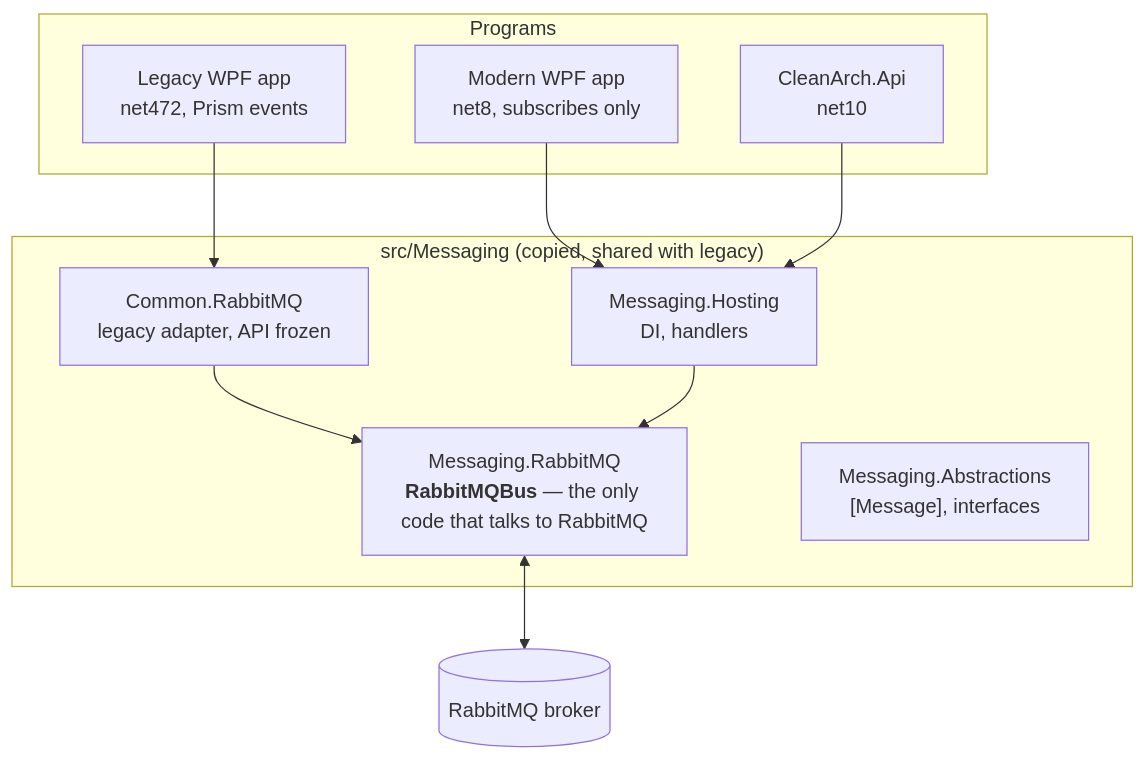
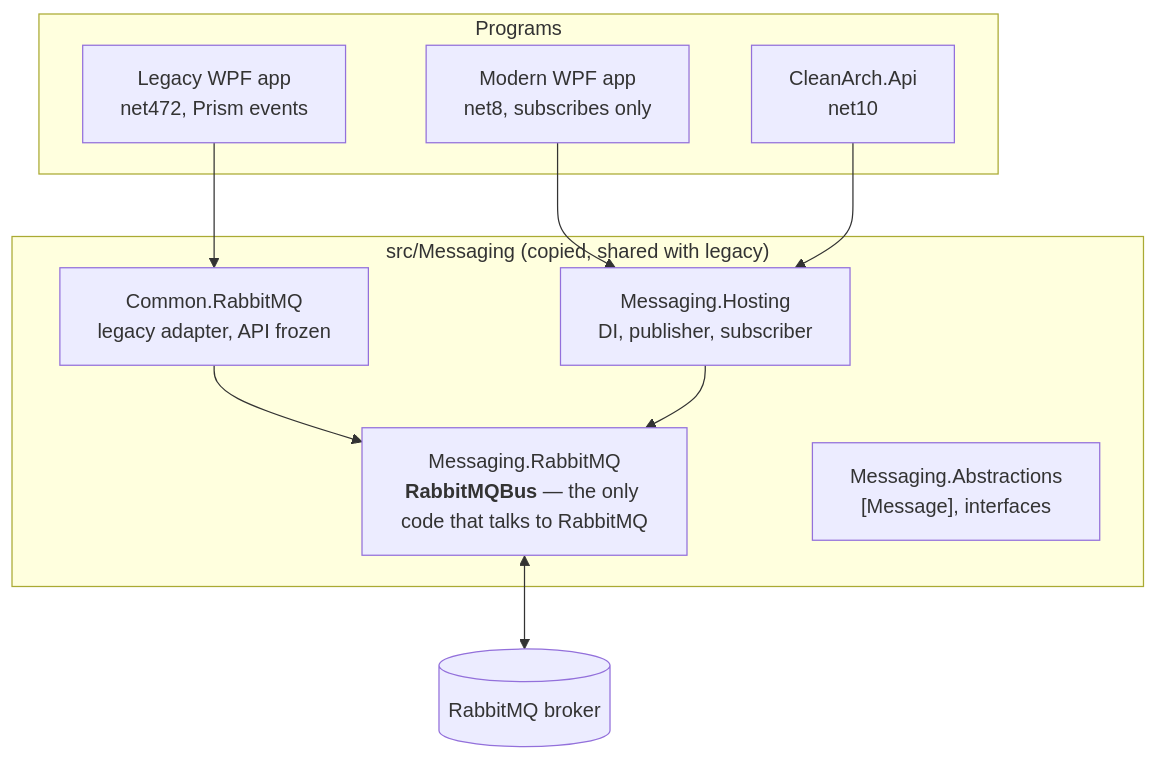
Before and after one commit to ncowine/CleanArchitecture: the first of 2 diagrams in tutorials/67-messaging-with-rabbitmq.md, drawn with Mermaid. The commit also changed other lines of this file and 6 other files, not shown here.

First line of the commit message:
docs(messaging): receiving is IMessageSubscriber only

````diff
--- a/tutorials/67-messaging-with-rabbitmq.md
+++ b/tutorials/67-messaging-with-rabbitmq.md
@@ -157,19 +157,19 @@
 ```mermaid
 flowchart TB
     subgraph Apps["Programs"]
         L["Legacy WPF app<br/>net472, Prism events"]
         W["Modern WPF app<br/>net8, subscribes only"]
         A["CleanArch.Api<br/>net10"]
     end
     subgraph Msg["src/Messaging (copied, shared with legacy)"]
         AD["Common.RabbitMQ<br/>legacy adapter, API frozen"]
-        H["Messaging.Hosting<br/>DI, handlers"]
+        H["Messaging.Hosting<br/>DI, publisher, subscriber"]
         E["Messaging.RabbitMQ<br/><b>RabbitMQBus</b> — the only code that talks to RabbitMQ"]
         AB["Messaging.Abstractions<br/>[Message], interfaces"]
     end
     B[("RabbitMQ broker")]
     L --> AD --> E
     W --> H --> E
     A --> H
     E <--> B
 ```
````
